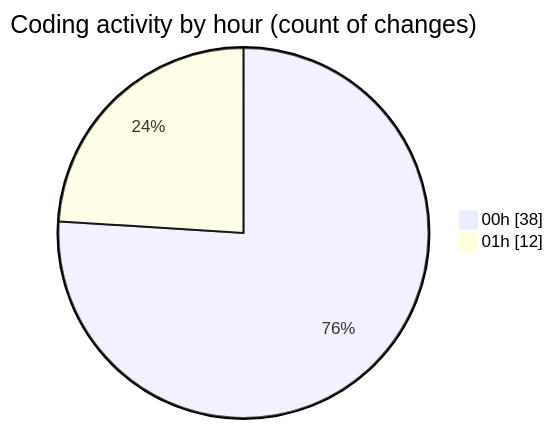
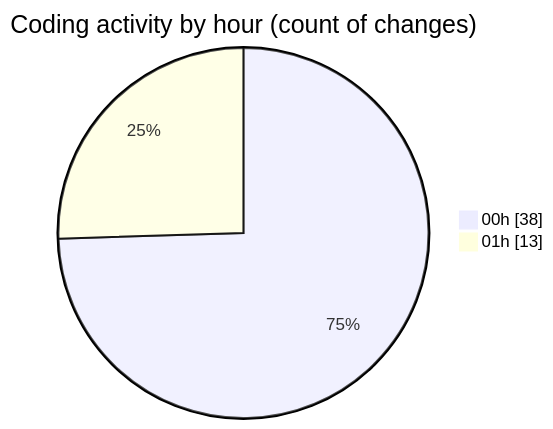
The second of 2 diagrams in 2025-03-08/uber_clone/README.md (donsfak/code-tracking), drawn with Mermaid before and after one commit. The commit also changed other lines of this file and 1 other file, not shown here.

````diff
--- a/2025-03-08/uber_clone/README.md
+++ b/2025-03-08/uber_clone/README.md
@@ -31,6 +31,6 @@
 ```mermaid
 pie showData
 title Coding activity by hour (count of changes)
 "00h" : 38
-"01h" : 12
+"01h" : 13
 ```
````
